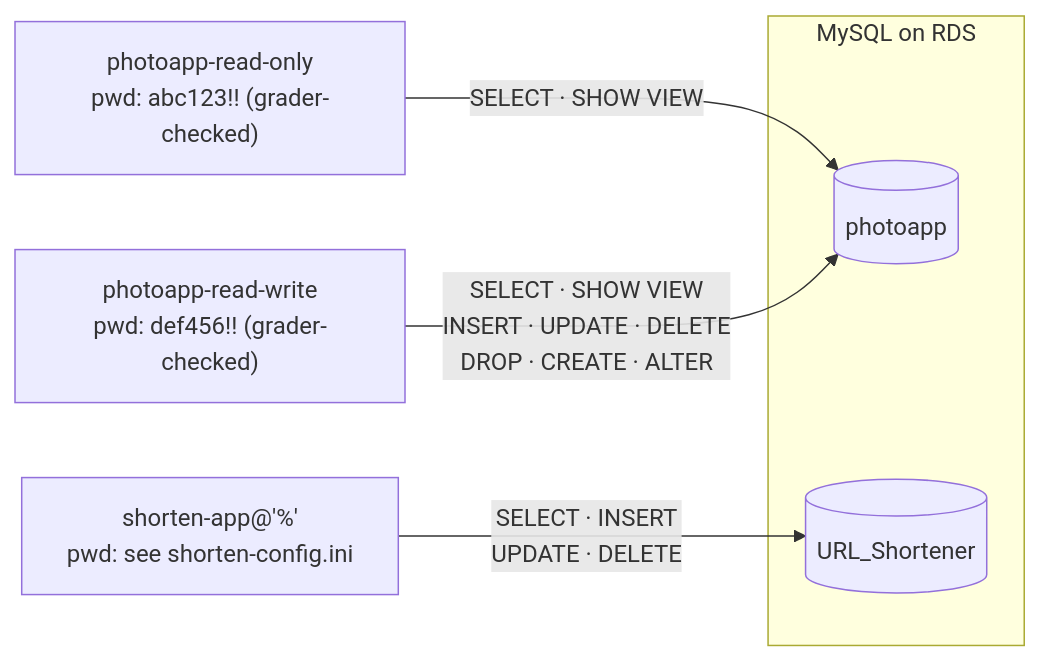
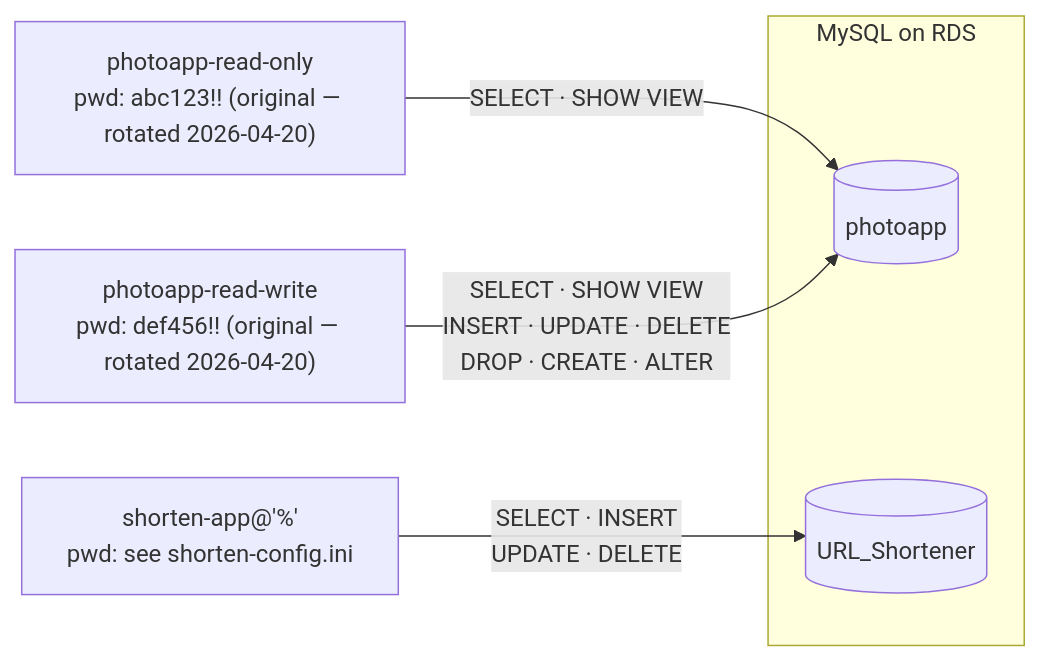
One commit to ebber/MBAi460-Group1 changed the fourth of 4 diagrams in visualizations/lab-database-schema-v2.md. Above: the diagram before and after it, drawn with Mermaid. The commit also changed 48 other files, not shown here.

````diff
--- a/visualizations/lab-database-schema-v2.md
+++ b/visualizations/lab-database-schema-v2.md
@@ -83,15 +83,15 @@
 ```mermaid
 flowchart LR
     subgraph mysql["MySQL on RDS"]
         db_pa[("photoapp")]
         db_us[("URL_Shortener")]
     end
 
-    ro["photoapp-read-only\npwd: abc123!! (grader-checked)"]
-    rw["photoapp-read-write\npwd: def456!! (grader-checked)"]
+    ro["photoapp-read-only\npwd: abc123!! (original — rotated 2026-04-20)"]
+    rw["photoapp-read-write\npwd: def456!! (original — rotated 2026-04-20)"]
     sa["shorten-app@'%'\npwd: see shorten-config.ini"]
 
     ro -- "SELECT · SHOW VIEW" --> db_pa
     rw -- "SELECT · SHOW VIEW\nINSERT · UPDATE · DELETE\nDROP · CREATE · ALTER" --> db_pa
     sa -- "SELECT · INSERT\nUPDATE · DELETE" --> db_us
 ```
````
